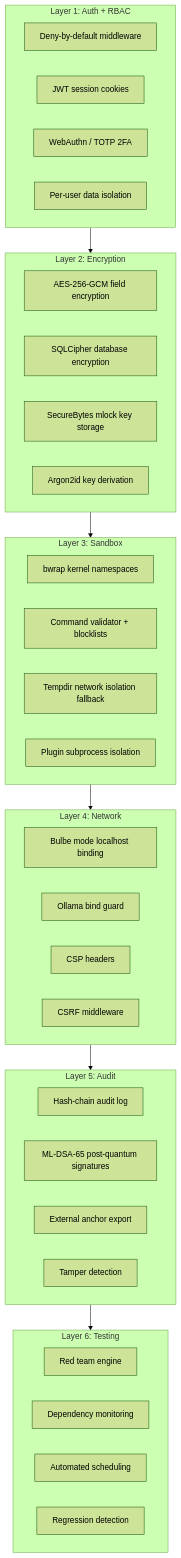
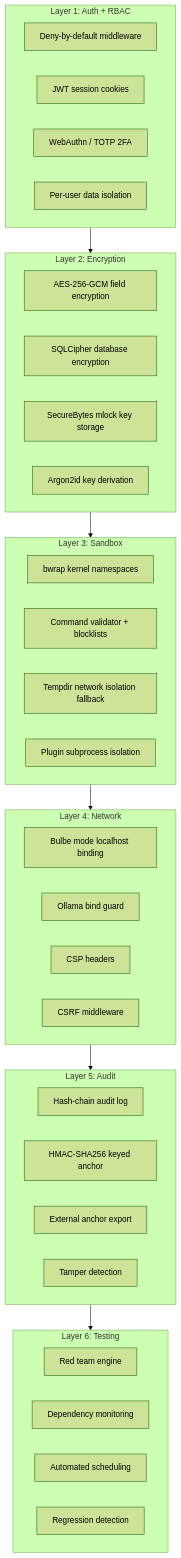
Before and after one commit to AntsAreRad/opti-oignon: the diagram in docs/architecture/security-layers.md, drawn with Mermaid (forest theme). The commit also changed other lines of this file and 7 other files, not shown here.

````diff
--- a/docs/architecture/security-layers.md
+++ b/docs/architecture/security-layers.md
@@ -9,46 +9,46 @@
 ```mermaid
 flowchart TD
     subgraph L1["Layer 1: Auth + RBAC"]
         A1[Deny-by-default middleware]
         A2[JWT session cookies]
         A3[WebAuthn / TOTP 2FA]
         A4[Per-user data isolation]
     end
 
     subgraph L2["Layer 2: Encryption"]
         B1[AES-256-GCM field encryption]
         B2[SQLCipher database encryption]
         B3[SecureBytes mlock key storage]
         B4[Argon2id key derivation]
     end
 
     subgraph L3["Layer 3: Sandbox"]
         C1[bwrap kernel namespaces]
         C2[Command validator + blocklists]
         C3[Tempdir network isolation fallback]
         C4[Plugin subprocess isolation]
     end
 
     subgraph L4["Layer 4: Network"]
         D1[Bulbe mode localhost binding]
         D2[Ollama bind guard]
         D3[CSP headers]
         D4[CSRF middleware]
     end
 
     subgraph L5["Layer 5: Audit"]
         E1[Hash-chain audit log]
-        E2[ML-DSA-65 post-quantum signatures]
+        E2[HMAC-SHA256 keyed anchor]
         E3[External anchor export]
         E4[Tamper detection]
     end
 
     subgraph L6["Layer 6: Testing"]
         F1[Red team engine]
         F2[Dependency monitoring]
         F3[Automated scheduling]
         F4[Regression detection]
     end
 
     L1 --> L2 --> L3 --> L4 --> L5 --> L6
 ```
````
